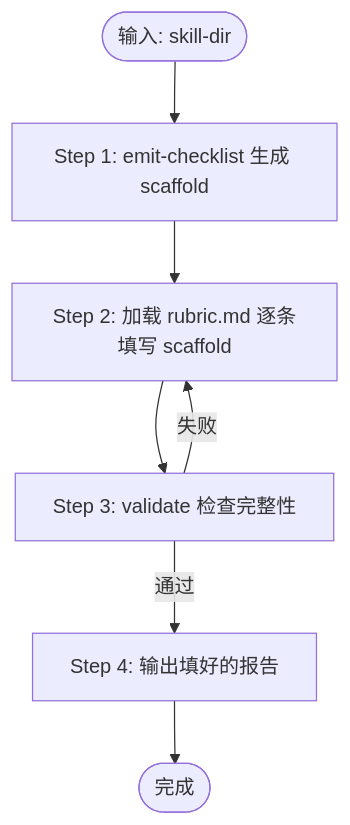
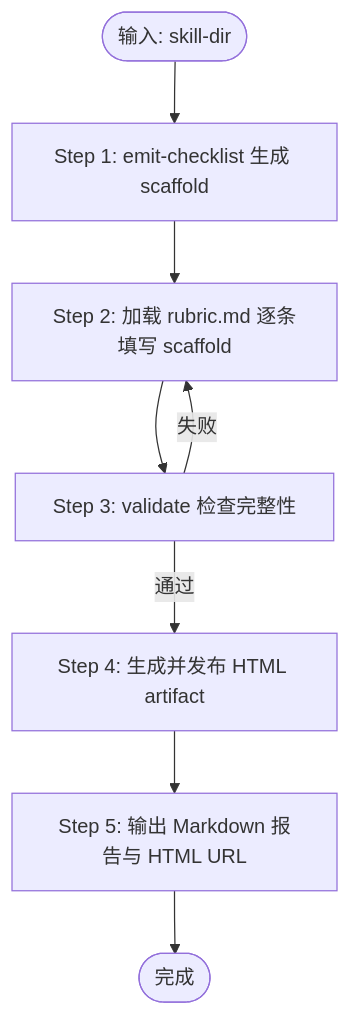
Before and after one commit to Jiangwlee/oh-my-superpowers: the diagram in skills/skill-review/SKILL.md, drawn with Mermaid. The commit also changed other lines of this file and 4 other files, not shown here.

Commit message:
improve skill-review html artifact workflow

````diff
--- a/skills/skill-review/SKILL.md
+++ b/skills/skill-review/SKILL.md
@@ -28,9 +44,10 @@
 ```mermaid
 flowchart TD
     A([输入: skill-dir]) --> B[Step 1: emit-checklist 生成 scaffold]
     B --> C[Step 2: 加载 rubric.md 逐条填写 scaffold]
     C --> D[Step 3: validate 检查完整性]
     D -->|失败| C
-    D -->|通过| E[Step 4: 输出填好的报告]
-    E --> F([完成])
+    D -->|通过| E[Step 4: 生成并发布 HTML artifact]
+    E --> F[Step 5: 输出 Markdown 报告与 HTML URL]
+    F --> G([完成])
 ```
````
